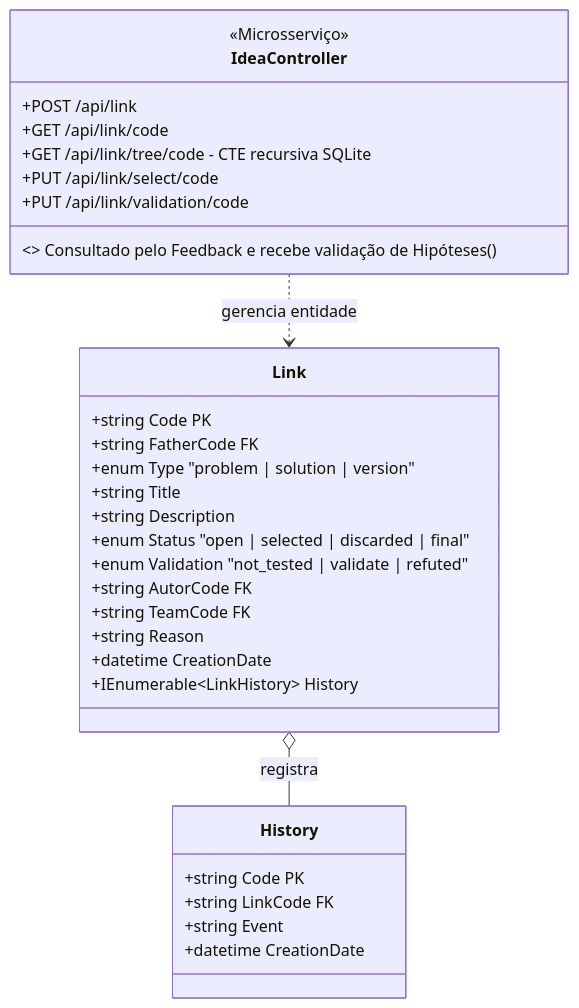
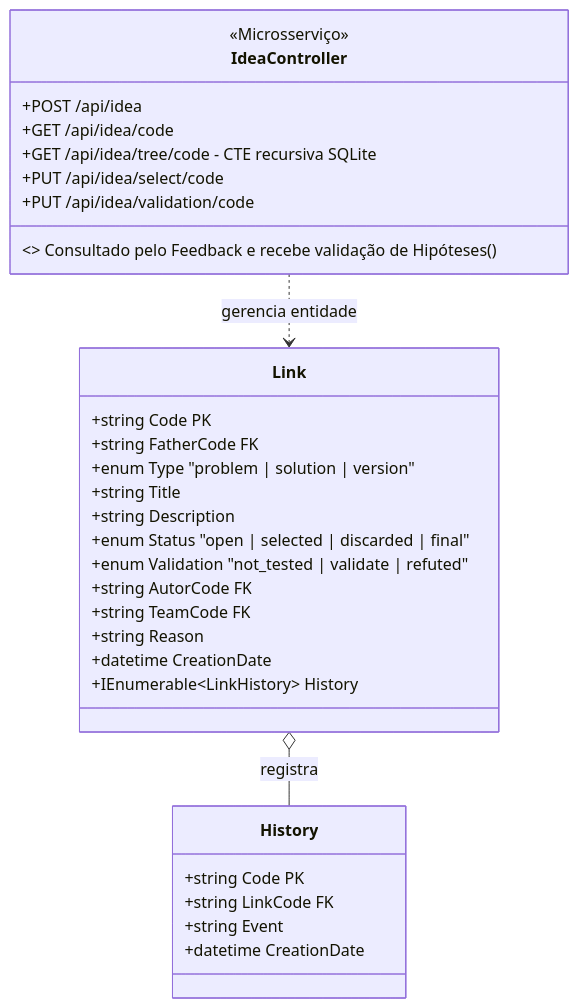
The fourth of 7 diagrams in README.md (thales-vaz-sousa/Branchstorm), drawn with Mermaid before and after one commit. The commit also changed other lines of this file and 7 other files, not shown here.

````diff
--- a/README.md
+++ b/README.md
@@ -131,38 +131,38 @@
 ```mermaid
 classDiagram
     class IdeaController {
         <<Microsserviço>>
-        +POST /api/link
-        +GET /api/link/code
-        +GET /api/link/tree/code - CTE recursiva SQLite
-        +PUT /api/link/select/code
-        +PUT /api/link/validation/code
+        +POST /api/idea
+        +GET /api/idea/code
+        +GET /api/idea/tree/code - CTE recursiva SQLite
+        +PUT /api/idea/select/code
+        +PUT /api/idea/validation/code
 
         <> Consultado pelo Feedback e recebe validação de Hipóteses ()
     }
 
     class Link {
         +string Code PK
         +string FatherCode FK
         +enum Type "problem | solution | version"
         +string Title
         +string Description
         +enum Status "open | selected | discarded | final"
         +enum Validation "not_tested | validate | refuted"
         +string AutorCode FK
         +string TeamCode FK
         +string Reason
         +datetime CreationDate
         +IEnumerable~LinkHistory~ History
     }
 
     class History {
         +string Code PK
         +string LinkCode FK
         +string Event
         +datetime CreationDate
     }
 
     IdeaController ..> Link : gerencia entidade
     Link o-- History : registra
 ```
````
